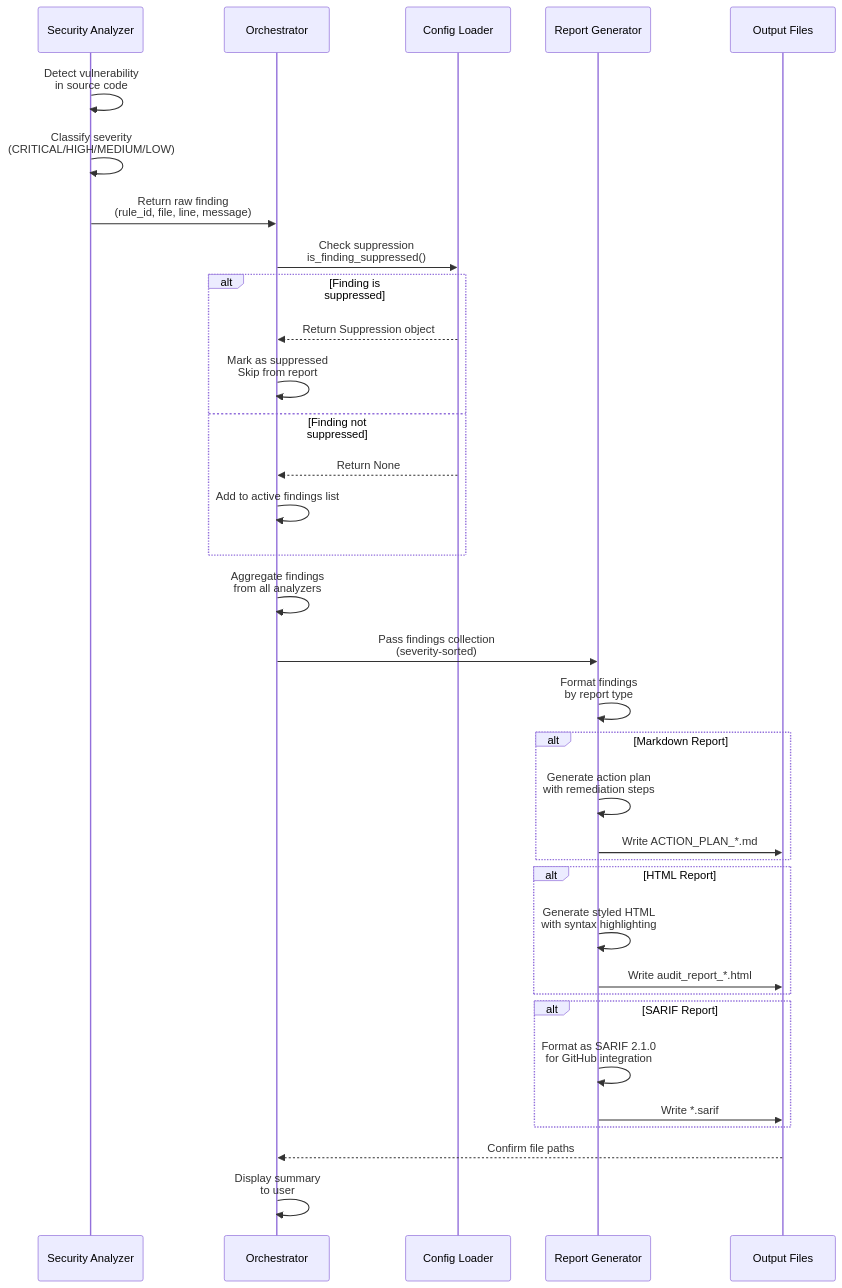
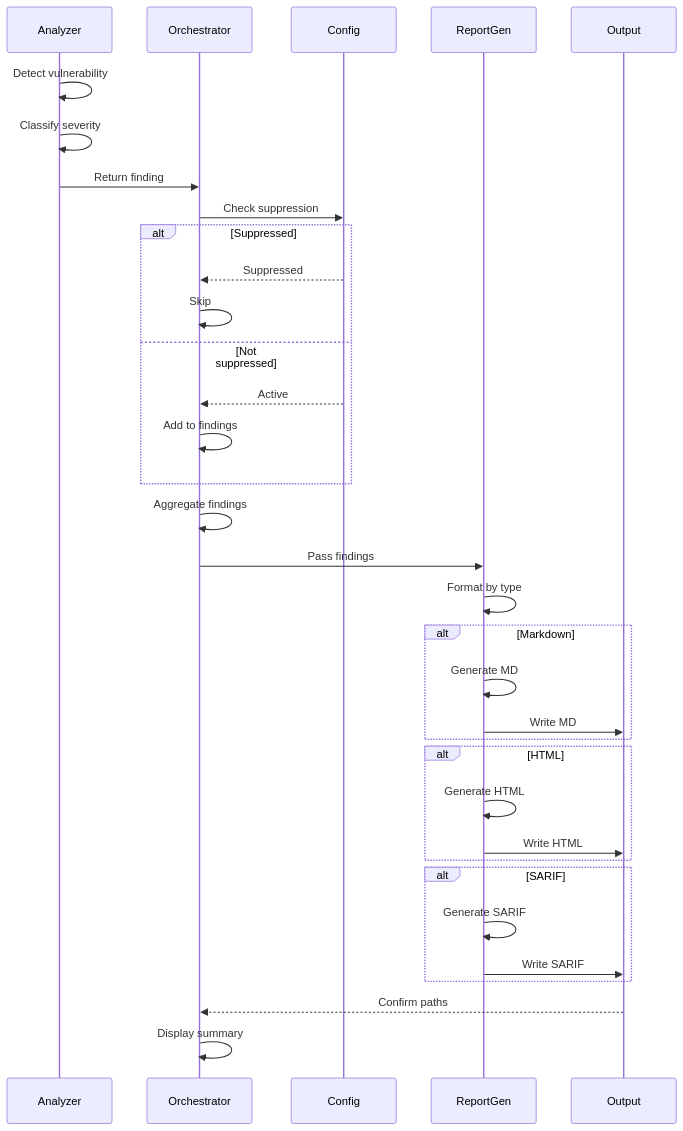
The sixth of 13 diagrams in ARCHITECTURE.md (RunTimeAdmin/counterscarp), drawn with Mermaid before and after one commit. The commit also changed other lines of this file and 3 other files, not shown here.

````diff
--- a/ARCHITECTURE.md
+++ b/ARCHITECTURE.md
@@ -647,46 +566,46 @@
 ```mermaid
 sequenceDiagram
-    participant Analyzer as Security Analyzer
+    participant Analyzer as Analyzer
     participant Orchestrator as Orchestrator
-    participant Config as Config Loader
-    participant ReportGen as Report Generator
-    participant Output as Output Files
+    participant Config as Config
+    participant ReportGen as ReportGen
+    participant Output as Output
 
-    Analyzer->>Analyzer: Detect vulnerability<br/>in source code
-    Analyzer->>Analyzer: Classify severity<br/>(CRITICAL/HIGH/MEDIUM/LOW)
-    Analyzer->>Orchestrator: Return raw finding<br/>(rule_id, file, line, message)
+    Analyzer->>Analyzer: Detect vulnerability
+    Analyzer->>Analyzer: Classify severity
+    Analyzer->>Orchestrator: Return finding
 
-    Orchestrator->>Config: Check suppression<br/>is_finding_suppressed()
+    Orchestrator->>Config: Check suppression
 
-    alt Finding is suppressed
-        Config-->>Orchestrator: Return Suppression object
-        Orchestrator->>Orchestrator: Mark as suppressed<br/>Skip from report
-    else Finding not suppressed
-        Config-->>Orchestrator: Return None
-        Orchestrator->>Orchestrator: Add to active findings list
+    alt Suppressed
+        Config-->>Orchestrator: Suppressed
+        Orchestrator->>Orchestrator: Skip
+    else Not suppressed
+        Config-->>Orchestrator: Active
+        Orchestrator->>Orchestrator: Add to findings
     end
 
-    Orchestrator->>Orchestrator: Aggregate findings<br/>from all analyzers
+    Orchestrator->>Orchestrator: Aggregate findings
 
-    Orchestrator->>ReportGen: Pass findings collection<br/>(severity-sorted)
+    Orchestrator->>ReportGen: Pass findings
 
-    ReportGen->>ReportGen: Format findings<br/>by report type
+    ReportGen->>ReportGen: Format by type
 
-    alt Markdown Report
-        ReportGen->>ReportGen: Generate action plan<br/>with remediation steps
-        ReportGen->>Output: Write ACTION_PLAN_*.md
+    alt Markdown
+        ReportGen->>ReportGen: Generate MD
+        ReportGen->>Output: Write MD
     end
 
-    alt HTML Report
-        ReportGen->>ReportGen: Generate styled HTML<br/>with syntax highlighting
-        ReportGen->>Output: Write audit_report_*.html
+    alt HTML
+        ReportGen->>ReportGen: Generate HTML
+        ReportGen->>Output: Write HTML
     end
 
-    alt SARIF Report
-        ReportGen->>ReportGen: Format as SARIF 2.1.0<br/>for GitHub integration
-        ReportGen->>Output: Write *.sarif
+    alt SARIF
+        ReportGen->>ReportGen: Generate SARIF
+        ReportGen->>Output: Write SARIF
     end
 
-    Output-->>Orchestrator: Confirm file paths
-    Orchestrator->>Orchestrator: Display summary<br/>to user
+    Output-->>Orchestrator: Confirm paths
+    Orchestrator->>Orchestrator: Display summary
 ```
````
